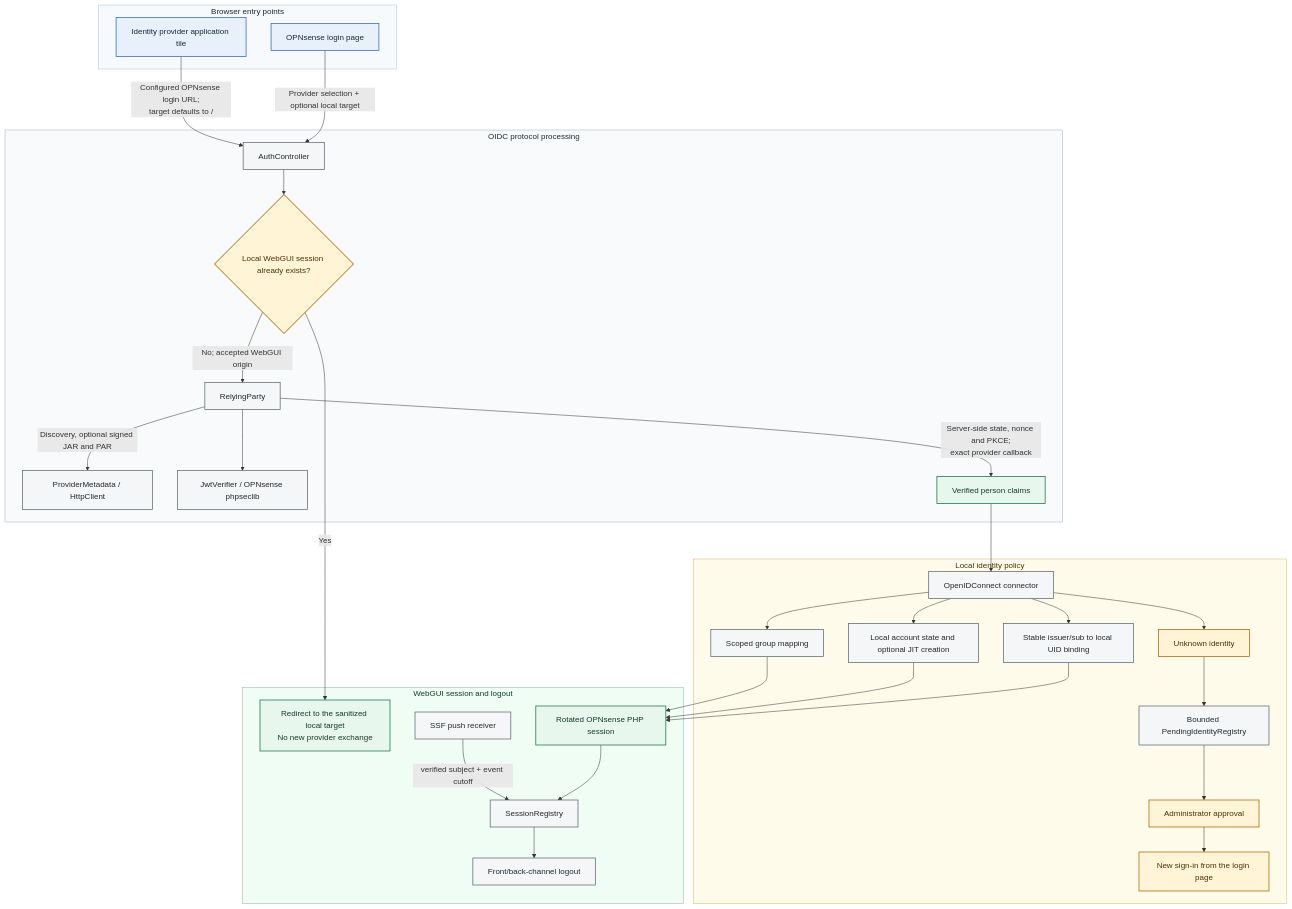
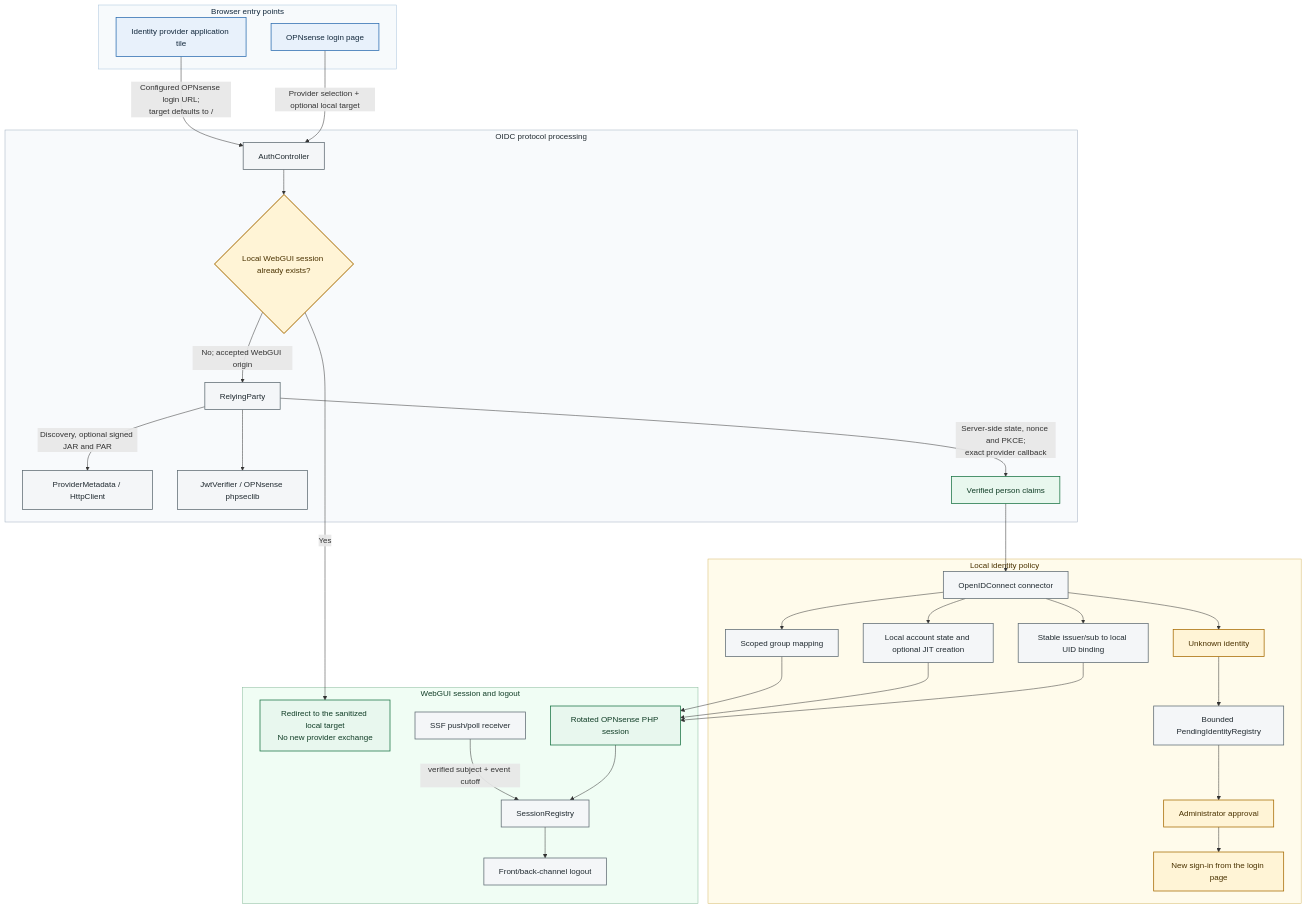
Before and after one commit to jpawlowski/opnsense-openid-connect: the first of 2 diagrams in docs/reference/architecture.md, drawn with Mermaid. The commit also changed other lines of this file and 25 other files, not shown here.

First line of the commit message:
feat(oidc): manage shared signals stream lifecycle (#67)

````diff
--- a/docs/reference/architecture.md
+++ b/docs/reference/architecture.md
@@ -12,77 +12,77 @@
 ```mermaid
 flowchart TD
     accTitle: OpenID Connect architecture and data flow
     accDescr: Browser entry points converge on one protected OIDC transaction, followed by local identity policy, session creation and logout handling.
 
     subgraph BrowserEntry["Browser entry points"]
         LoginPage["OPNsense login page"]
         IdpTile["Identity provider application tile"]
     end
 
     subgraph Protocol["OIDC protocol processing"]
         AuthController["AuthController"]
         ExistingSession{"Local WebGUI session already exists?"}
         RelyingParty["RelyingParty"]
         ProviderServices["ProviderMetadata / HttpClient"]
         TokenVerification["JwtVerifier / OPNsense phpseclib"]
         VerifiedClaims["Verified person claims"]
     end
 
     subgraph IdentityPolicy["Local identity policy"]
         Connector["OpenIDConnect connector"]
         UidBinding["Stable issuer/sub to local UID binding"]
         PendingIdentity["Unknown identity"]
         PendingRegistry["Bounded PendingIdentityRegistry"]
         AdminApproval["Administrator approval"]
         NewSignIn["New sign-in from the login page"]
         AccountPolicy["Local account state and optional JIT creation"]
         GroupMapping["Scoped group mapping"]
     end
 
     subgraph SessionLifecycle["WebGUI session and logout"]
         LocalRedirect["Redirect to the sanitized local target<br/>No new provider exchange"]
         PhpSession["Rotated OPNsense PHP session"]
         SessionRegistry["SessionRegistry"]
         Logout["Front/back-channel logout"]
-        SharedSignals["SSF push receiver"]
+        SharedSignals["SSF push/poll receiver"]
     end
 
     LoginPage -->|"Provider selection + optional local target"| AuthController
     IdpTile -->|"Configured OPNsense login URL;<br/>target defaults to /"| AuthController
     AuthController --> ExistingSession
     ExistingSession -->|"Yes"| LocalRedirect
     ExistingSession -->|"No; accepted WebGUI origin"| RelyingParty
     RelyingParty -->|"Discovery, optional signed JAR and PAR"| ProviderServices
     RelyingParty --> TokenVerification
     RelyingParty -->|"Server-side state, nonce and PKCE;<br/>exact provider callback"| VerifiedClaims
     VerifiedClaims --> Connector
     Connector --> UidBinding
     Connector --> PendingIdentity --> PendingRegistry --> AdminApproval
     Connector --> AccountPolicy
     Connector --> GroupMapping
     UidBinding --> PhpSession
     AccountPolicy --> PhpSession
     GroupMapping --> PhpSession
     AdminApproval --> NewSignIn
     PhpSession --> SessionRegistry --> Logout
     SharedSignals -->|"verified subject + event cutoff"| SessionRegistry
 
     classDef entry fill:#E8F1FB,stroke:#2B6CB0,color:#13293D,stroke-width:1.5px;
     classDef process fill:#F4F6F8,stroke:#5F6B73,color:#202A30,stroke-width:1.5px;
     classDef decision fill:#FFF4D6,stroke:#A66A00,color:#4A3200,stroke-width:2px;
     classDef success fill:#E8F7EE,stroke:#197343,color:#103D26,stroke-width:1.5px;
     classDef warning fill:#FFF4D6,stroke:#A66A00,color:#4A3200,stroke-width:1.5px;
 
     class LoginPage,IdpTile entry;
     class AuthController,RelyingParty,ProviderServices,TokenVerification process;
     class Connector,UidBinding,PendingRegistry,AccountPolicy,GroupMapping process;
     class SessionRegistry,Logout,SharedSignals process;
     class ExistingSession decision;
     class VerifiedClaims,LocalRedirect,PhpSession success;
     class PendingIdentity,AdminApproval,NewSignIn warning;
 
     style BrowserEntry fill:#F7FAFC,stroke:#A8C4DC,color:#13293D;
     style Protocol fill:#F8FAFC,stroke:#A0AEC0,color:#202A30;
     style IdentityPolicy fill:#FFFBEB,stroke:#D6B968,color:#4A3200;
     style SessionLifecycle fill:#F0FDF4,stroke:#86B99A,color:#103D26;
 ```
````
